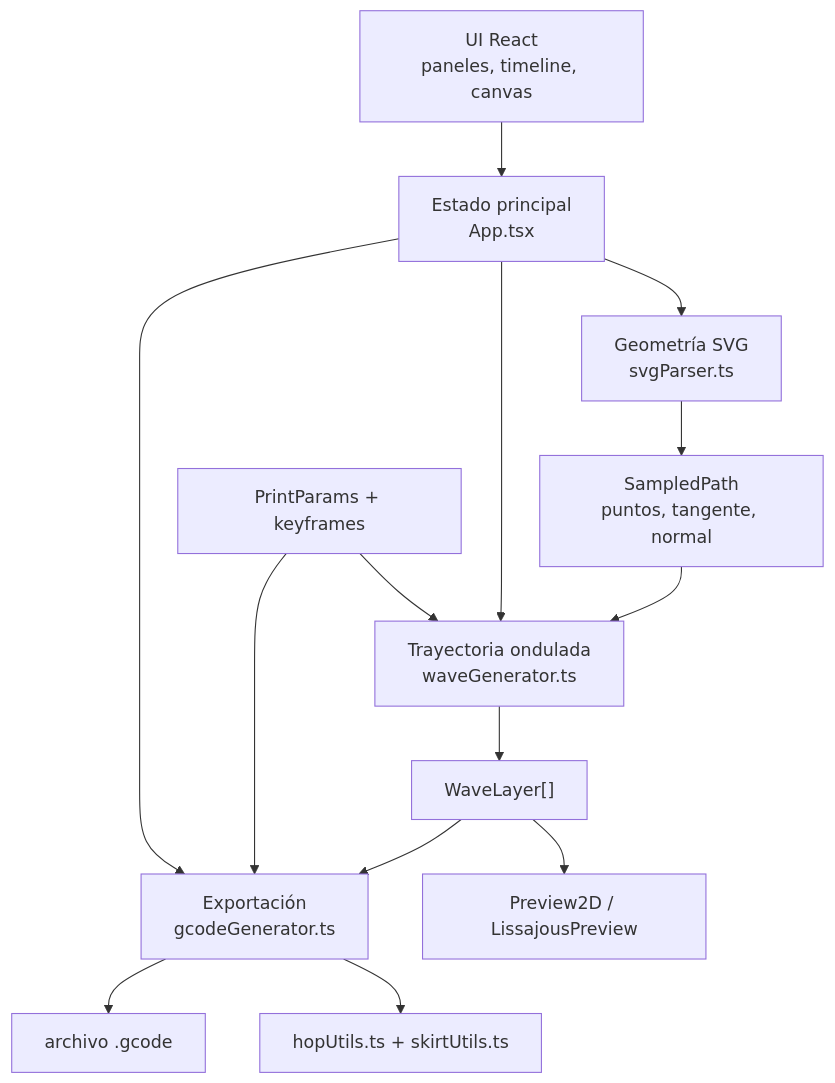
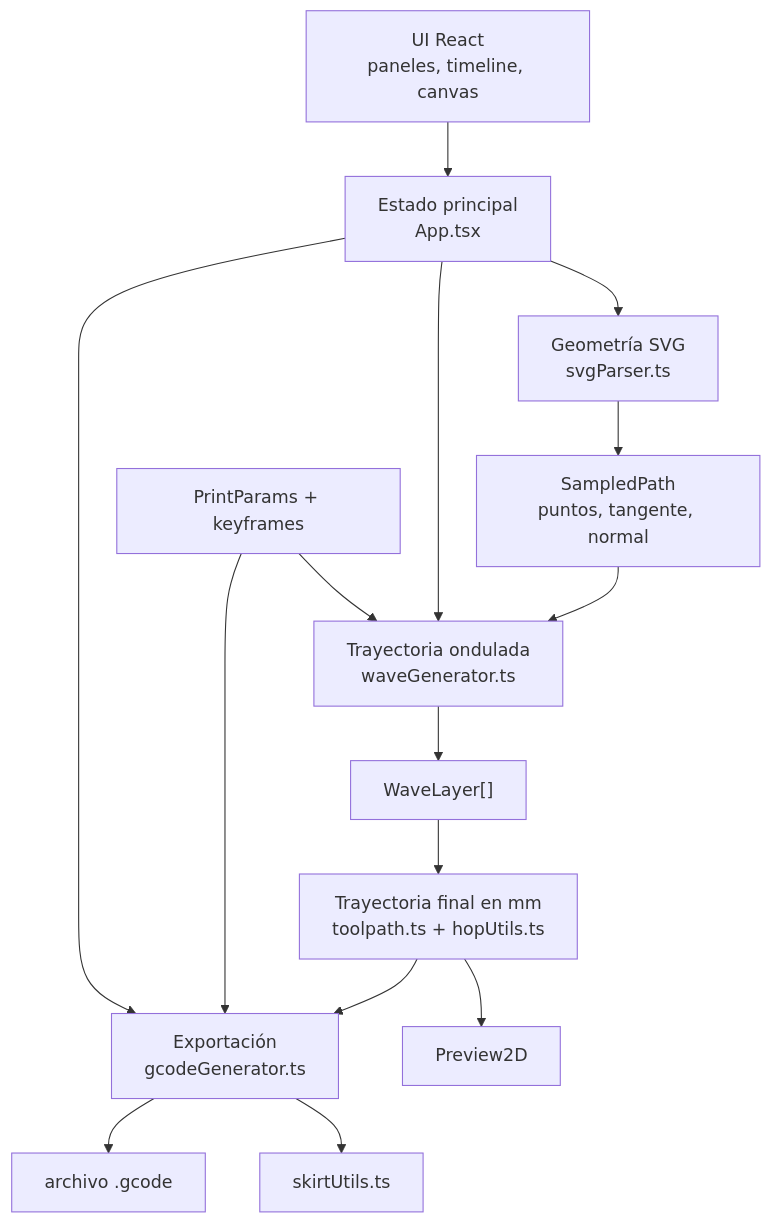
The fourth of 5 diagrams in README.md (Cranmellar/barrocode), drawn with Mermaid before and after one commit. The commit also changed other lines of this file and 6 other files, not shown here.

First line of the commit message:
refactor: share one mm toolpath between G-code and preview

````diff
--- a/README.md
+++ b/README.md
@@ -105,17 +105,18 @@
 ```mermaid
 flowchart TB
   UI["UI React<br/>paneles, timeline, canvas"] --> State["Estado principal<br/>App.tsx"]
   State --> Geometry["Geometría SVG<br/>svgParser.ts"]
   State --> Toolpath["Trayectoria ondulada<br/>waveGenerator.ts"]
   State --> Export["Exportación<br/>gcodeGenerator.ts"]
 
   Geometry --> Sampled["SampledPath<br/>puntos, tangente, normal"]
   Sampled --> Toolpath
   Params["PrintParams + keyframes"] --> Toolpath
   Params --> Export
   Toolpath --> Layers["WaveLayer[]"]
-  Layers --> Preview["Preview2D / LissajousPreview"]
-  Layers --> Export
-  Export --> Travel["hopUtils.ts + skirtUtils.ts"]
+  Layers --> Final["Trayectoria final en mm<br/>toolpath.ts + hopUtils.ts"]
+  Final --> Preview["Preview2D"]
+  Final --> Export
+  Export --> Travel["skirtUtils.ts"]
   Export --> File["archivo .gcode"]
 ```
````
